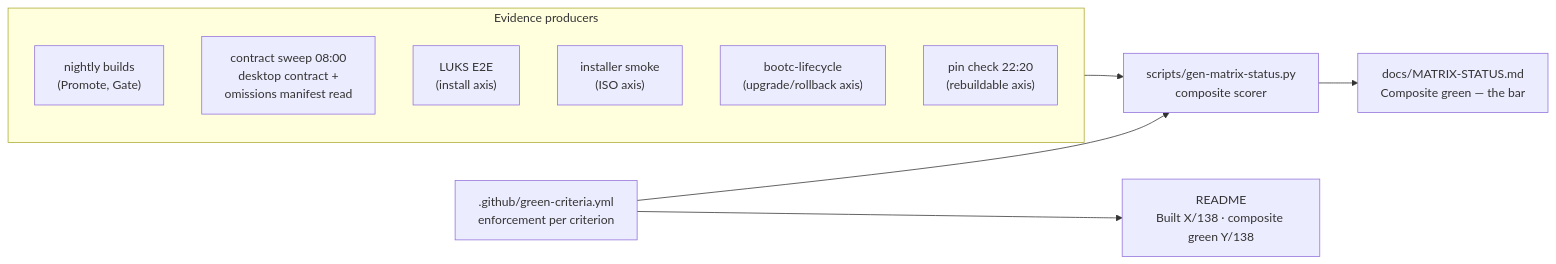
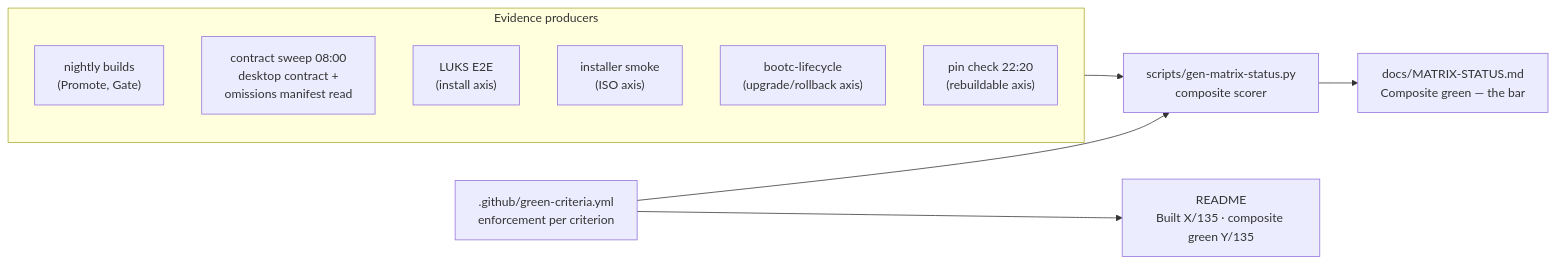
Before and after one commit to tuna-os/tunaOS: the fifth of 5 diagrams in docs/DEVELOPER-GUIDE.md, drawn with Mermaid. The commit also changed other lines of this file and 4 other files, not shown here.

````diff
--- a/docs/DEVELOPER-GUIDE.md
+++ b/docs/DEVELOPER-GUIDE.md
@@ -245,20 +245,20 @@
 ```mermaid
 flowchart LR
     subgraph evidence["Evidence producers"]
         BLD["nightly builds<br/>(Promote, Gate)"]
         SWEEP["contract sweep 08:00<br/>desktop contract +<br/>omissions manifest read"]
         LUKS["LUKS E2E<br/>(install axis)"]
         ISO["installer smoke<br/>(ISO axis)"]
         LC["bootc-lifecycle<br/>(upgrade/rollback axis)"]
         PIN["pin check 22:20<br/>(rebuildable axis)"]
     end
     CRIT[".github/green-criteria.yml<br/>enforcement per criterion"]
     GEN["scripts/gen-matrix-status.py<br/>composite scorer"]
     MS["docs/MATRIX-STATUS.md<br/>Composite green — the bar"]
-    RM["README<br/>Built X/138 · composite green Y/138"]
+    RM["README<br/>Built X/135 · composite green Y/135"]
 
     evidence --> GEN
     CRIT --> GEN
     GEN --> MS
     CRIT --> RM
 ```
````
